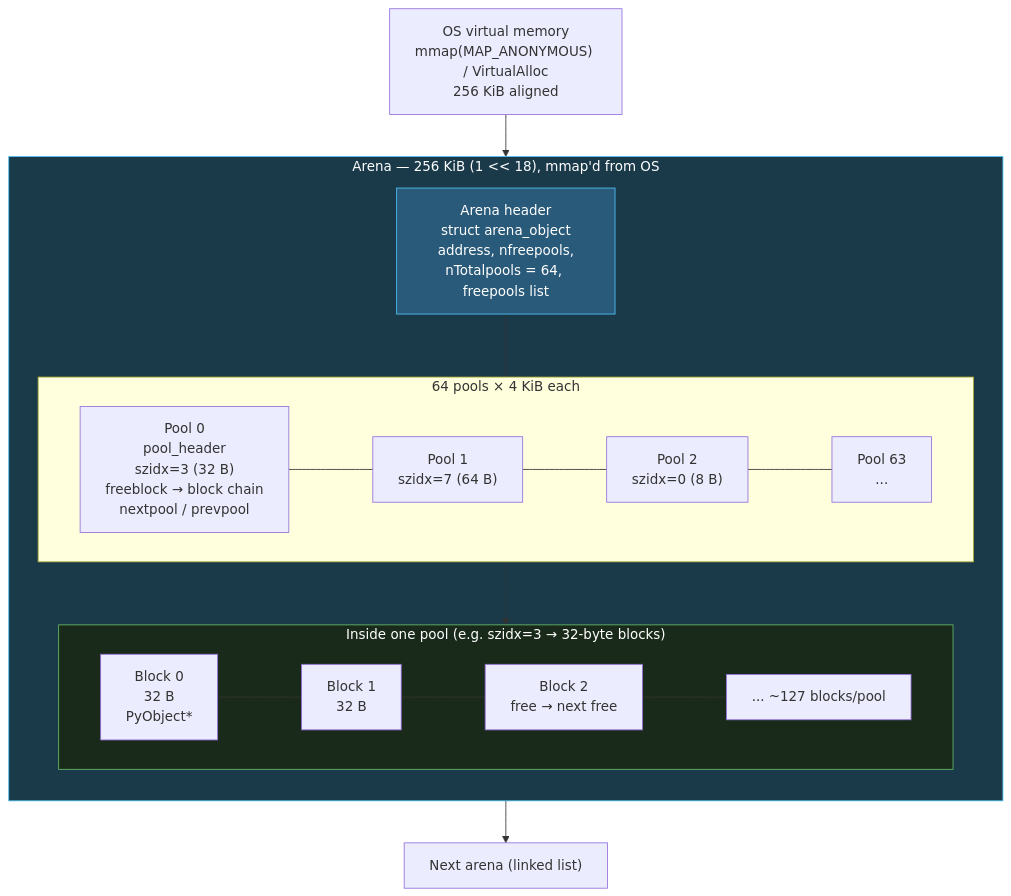
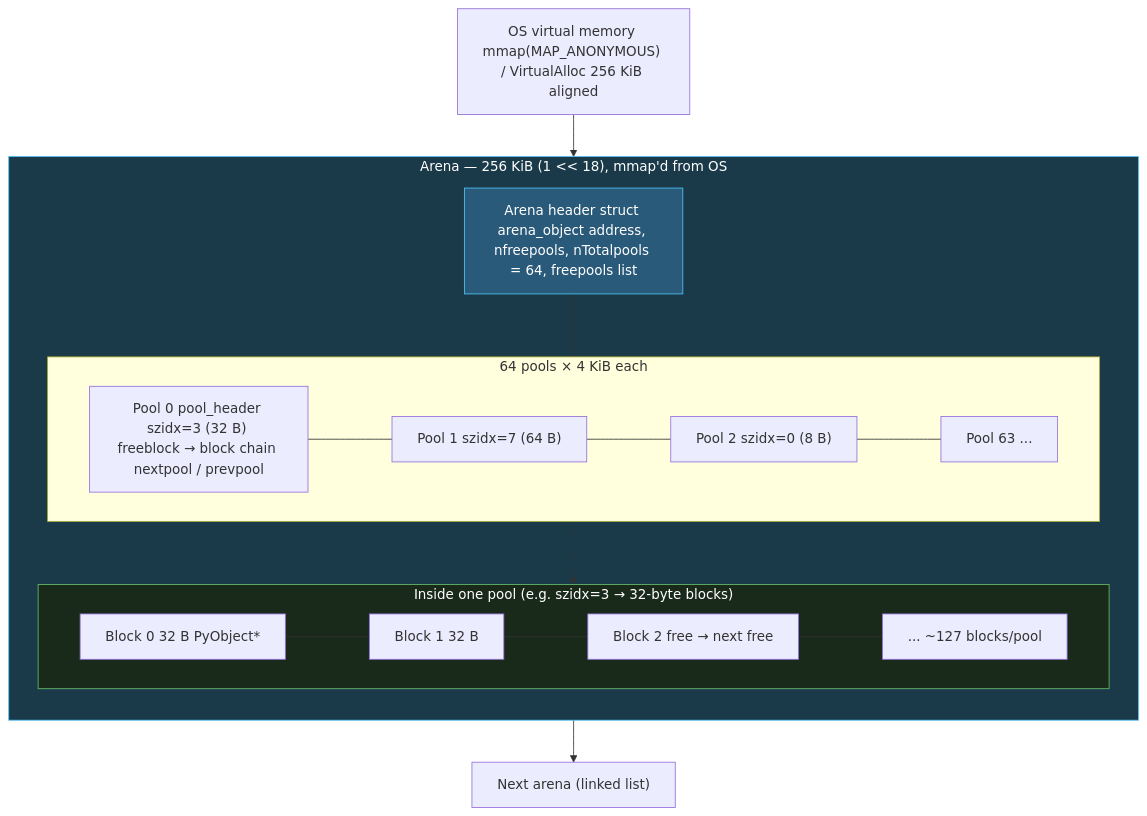
The first of 8 diagrams in vol-16-python-cpython-internals/ch04-memory-management.md (bumbsclaw/textbooks), drawn with Mermaid before and after one commit. The commit also changed other lines of this file and 9 other files, not shown here.

First line of the commit message:
fix(pdf, mermaid): syntax-highlighted code blocks + diagram label fixes

````diff
--- a/vol-16-python-cpython-internals/ch04-memory-management.md
+++ b/vol-16-python-cpython-internals/ch04-memory-management.md
@@ -127,32 +127,32 @@
 ```mermaid
 flowchart TB
     subgraph ARENA["Arena — 256 KiB (1 << 18), mmap'd from OS"]
         direction TB
-        AHDR["Arena header<br/>struct arena_object<br/>address, nfreepools,<br/>nTotalpools = 64, freepools list"]
+        AHDR["Arena header struct arena_object address, nfreepools, nTotalpools = 64, freepools list"]
         subgraph POOLS["64 pools × 4 KiB each"]
             direction LR
-            P0["Pool 0<br/>pool_header<br/>szidx=3 (32 B)<br/>freeblock → block chain<br/>nextpool / prevpool"]
-            P1["Pool 1<br/>szidx=7 (64 B)"]
-            P2["Pool 2<br/>szidx=0 (8 B)"]
-            PN["Pool 63<br/>..."]
+            P0["Pool 0 pool_header szidx=3 (32 B) freeblock → block chain nextpool / prevpool"]
+            P1["Pool 1 szidx=7 (64 B)"]
+            P2["Pool 2 szidx=0 (8 B)"]
+            PN["Pool 63 ..."]
             P0 --- P1 --- P2 --- PN
         end
         AHDR --- POOLS
         subgraph BLOCKS_DETAIL["Inside one pool (e.g. szidx=3 → 32-byte blocks)"]
             direction LR
-            B0["Block 0<br/>32 B<br/>PyObject*"]
-            B1["Block 1<br/>32 B"]
-            B2["Block 2<br/>free → next free"]
+            B0["Block 0 32 B PyObject*"]
+            B1["Block 1 32 B"]
+            B2["Block 2 free → next free"]
             B3["... ~127 blocks/pool"]
             B0 --- B1 --- B2 --- B3
         end
         P0 -.-> BLOCKS_DETAIL
     end
 
-    OS["OS virtual memory<br/>mmap(MAP_ANONYMOUS) / VirtualAlloc<br/>256 KiB aligned"] --> ARENA
+    OS["OS virtual memory mmap(MAP_ANONYMOUS) / VirtualAlloc 256 KiB aligned"] --> ARENA
     ARENA --> NEXT_ARENA["Next arena (linked list)"]
 
     style ARENA fill:#1a3a4a,stroke:#4fc3f7,color:#fff
     style AHDR fill:#2a5a7a,stroke:#4fc3f7,color:#fff
     style BLOCKS_DETAIL fill:#1a2a1a,stroke:#66bb6a,color:#fff
 ```
````
